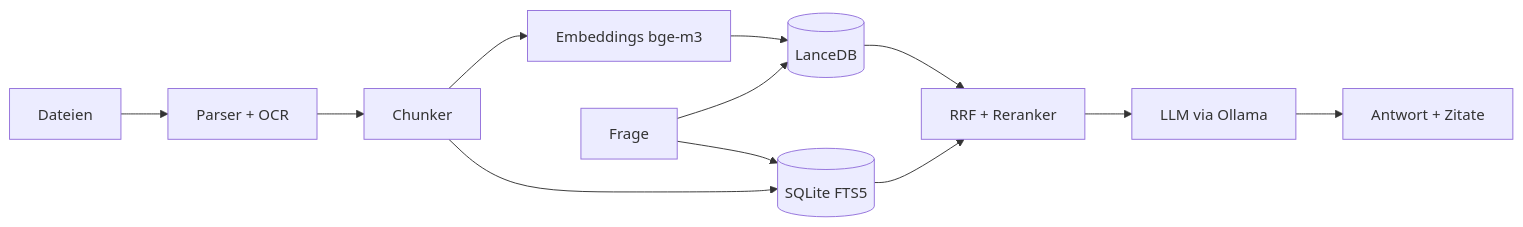
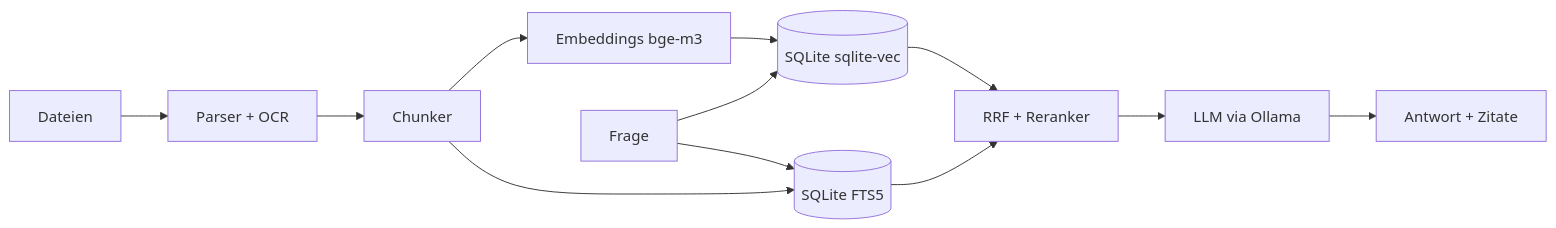
One commit to Dualshok3/localRAG changed the diagram in README.md. Above: the diagram before and after it, drawn with Mermaid. The commit also changed other lines of this file and 2 other files, not shown here.

Commit message:
docs: switch storage plan to single SQLite file (FTS5 + sqlite-vec)

````diff
--- a/README.md
+++ b/README.md
@@ -30,7 +30,7 @@
 ```mermaid
 flowchart LR
     F[Dateien] --> P[Parser + OCR] --> C[Chunker] --> E[Embeddings bge-m3]
-    E --> V[(LanceDB)]
+    E --> V[(SQLite sqlite-vec)]
     C --> B[(SQLite FTS5)]
     Q[Frage] --> V & B --> R[RRF + Reranker] --> L[LLM via Ollama] --> A[Antwort + Zitate]
 ```
````
